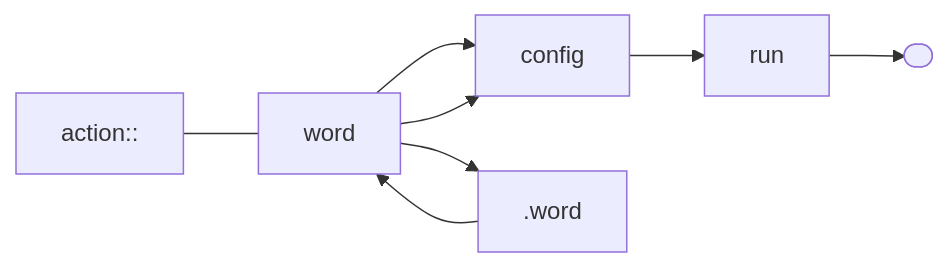
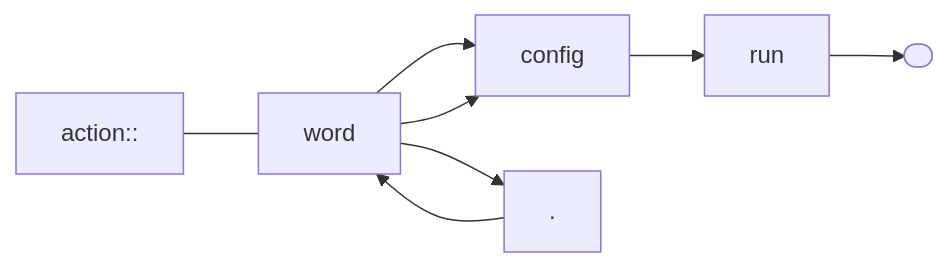
One commit to andrewfstratton/quandoscript changed the third of 16 diagrams in README.md. Above: the diagram before and after it, drawn with Mermaid. The commit also changed other lines of this file, not shown here.

````diff
--- a/README.md
+++ b/README.md
@@ -44,7 +22,7 @@
 ```mermaid
 graph LR
     stop([" "])
     word --> config
     action::--- word-->config --> run --> stop
-    word-->.word-->word
+    word-->dot["."]-->word
 ```
````
